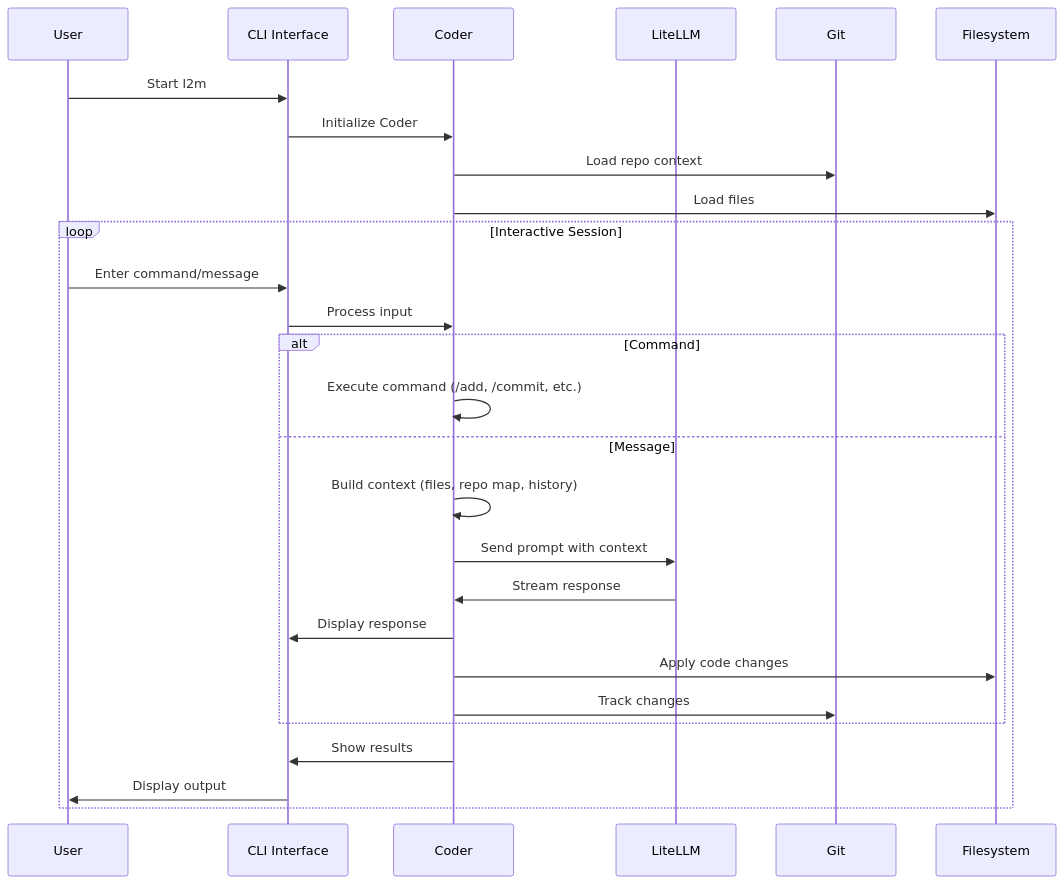
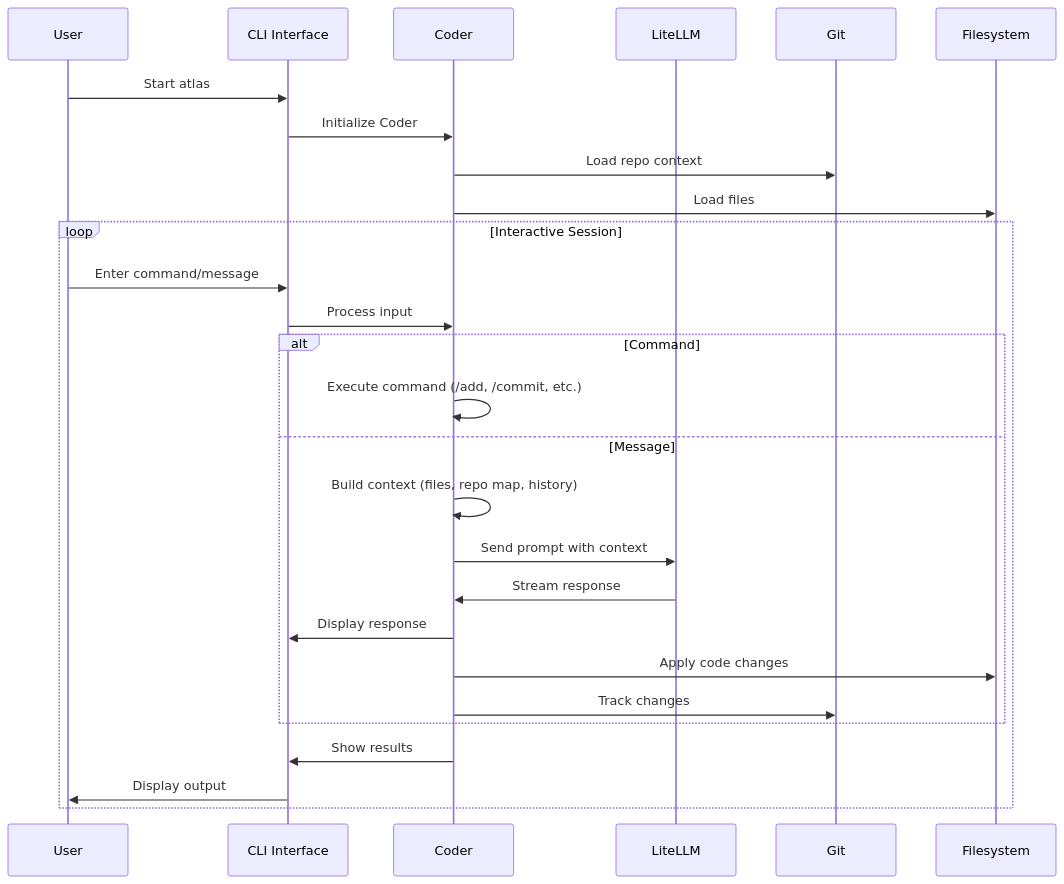
Before and after one commit to astrio-ai/l2m: the second of 5 diagrams in docs/architecture.md, drawn with Mermaid. The commit also changed other lines of this file and 88 other files, not shown here.

````diff
--- a/docs/architecture.md
+++ b/docs/architecture.md
@@ -102,33 +102,33 @@
 ```mermaid
 sequenceDiagram
     participant U as User
     participant CLI as CLI Interface
     participant C as Coder
     participant LLM as LiteLLM
     participant G as Git
     participant F as Filesystem
 
-    U->>CLI: Start l2m
+    U->>CLI: Start atlas
     CLI->>C: Initialize Coder
     C->>G: Load repo context
     C->>F: Load files
     
     loop Interactive Session
         U->>CLI: Enter command/message
         CLI->>C: Process input
         
         alt Command
             C->>C: Execute command (/add, /commit, etc.)
         else Message
             C->>C: Build context (files, repo map, history)
             C->>LLM: Send prompt with context
             LLM->>C: Stream response
             C->>CLI: Display response
             C->>F: Apply code changes
             C->>G: Track changes
         end
         
         C->>CLI: Show results
         CLI->>U: Display output
     end
 ```
````
